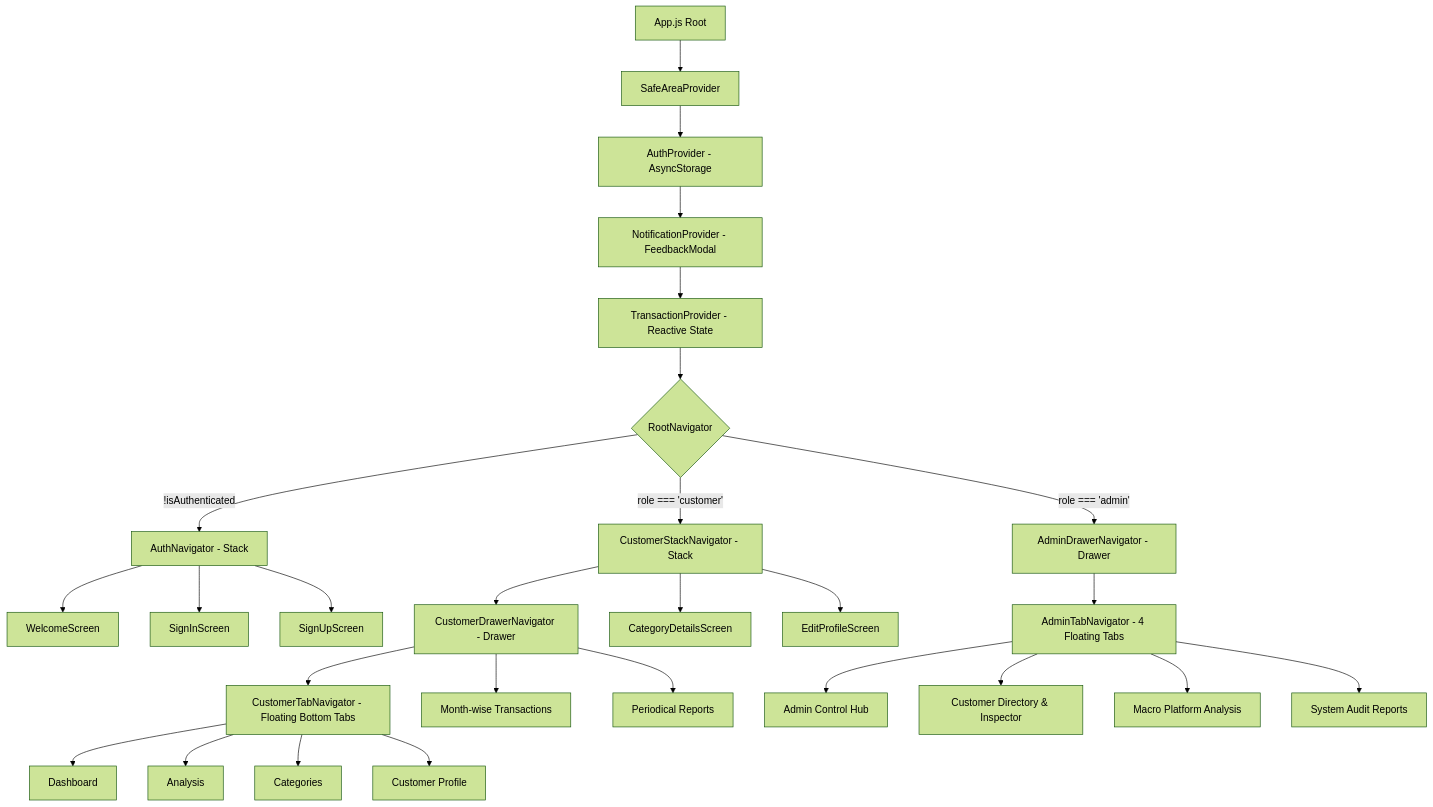
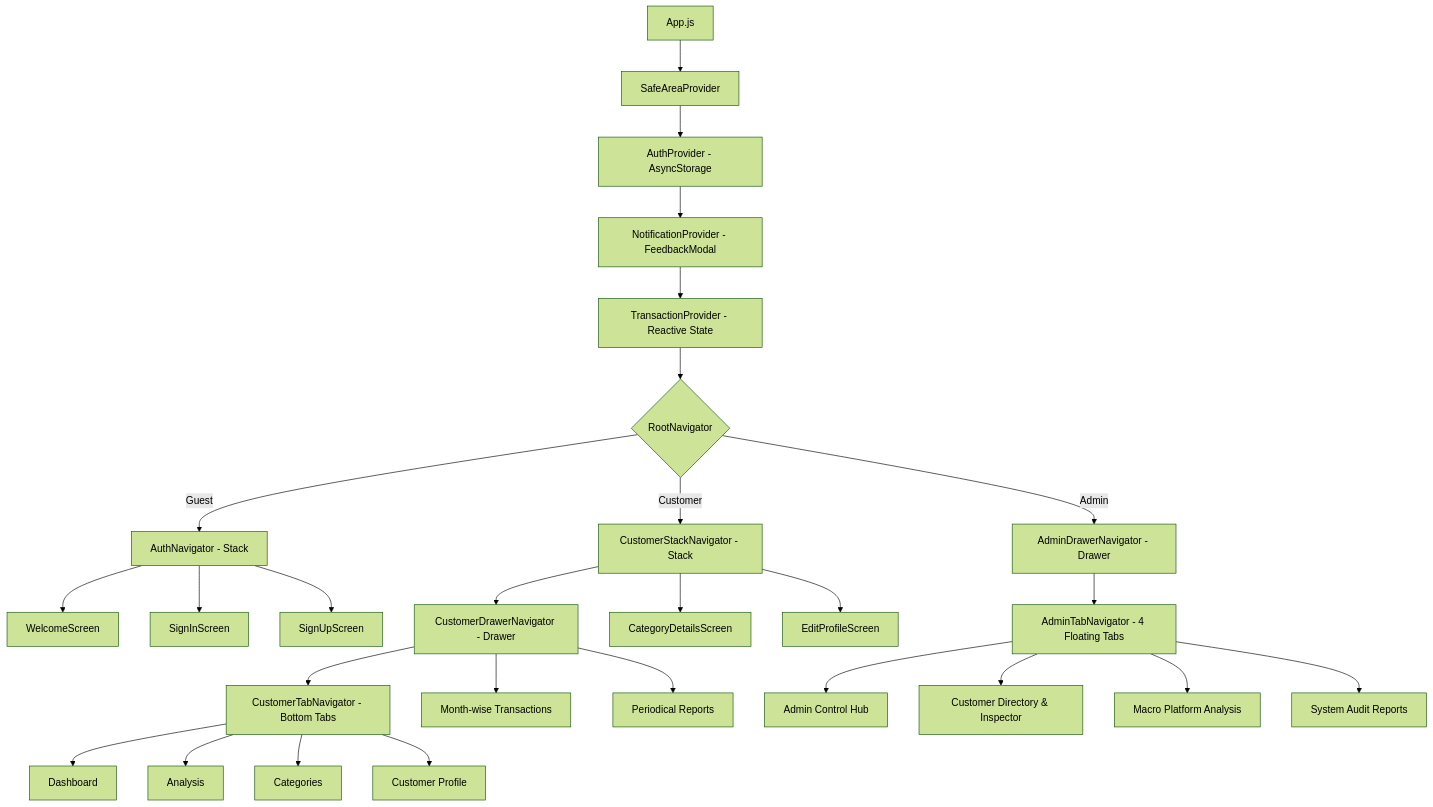
The diagram in README.md (gokul479/Fin-Pulse), drawn with Mermaid (forest theme) before and after one commit. The commit also changed other lines of this file, not shown here.

````diff
--- a/README.md
+++ b/README.md
@@ -87,32 +75,32 @@
 ```mermaid
 graph TD
-    App[App.js Root] --> Safe[SafeAreaProvider]
+    App[App.js] --> Safe[SafeAreaProvider]
     Safe --> AuthCtx[AuthProvider - AsyncStorage]
     AuthCtx --> NotifCtx[NotificationProvider - FeedbackModal]
     NotifCtx --> TxnCtx[TransactionProvider - Reactive State]
     TxnCtx --> RootNav{RootNavigator}
 
-    RootNav -->|!isAuthenticated| AuthStack[AuthNavigator - Stack]
+    RootNav -->|Guest| AuthStack[AuthNavigator - Stack]
     AuthStack --> Welcome[WelcomeScreen]
     AuthStack --> SignIn[SignInScreen]
     AuthStack --> SignUp[SignUpScreen]
 
-    RootNav -->|role === 'customer'| CustStack[CustomerStackNavigator - Stack]
+    RootNav -->|Customer| CustStack[CustomerStackNavigator - Stack]
     CustStack --> CustDrawer[CustomerDrawerNavigator - Drawer]
-    CustDrawer --> CustTabs[CustomerTabNavigator - Floating Bottom Tabs]
+    CustDrawer --> CustTabs[CustomerTabNavigator - Bottom Tabs]
     CustTabs --> Dash[Dashboard]
     CustTabs --> Anal[Analysis]
     CustTabs --> Cats[Categories]
     CustTabs --> Prof[Customer Profile]
     CustDrawer --> MonthTx[Month-wise Transactions]
     CustDrawer --> Rep[Periodical Reports]
     CustStack --> CatDetail[CategoryDetailsScreen]
     CustStack --> EditProf[EditProfileScreen]
 
-    RootNav -->|role === 'admin'| AdminDrawer[AdminDrawerNavigator - Drawer]
+    RootNav -->|Admin| AdminDrawer[AdminDrawerNavigator - Drawer]
     AdminDrawer --> AdminTabs[AdminTabNavigator - 4 Floating Tabs]
     AdminTabs --> Hub[Admin Control Hub]
     AdminTabs --> CustDir[Customer Directory & Inspector]
     AdminTabs --> MacroAnal[Macro Platform Analysis]
     AdminTabs --> SysRep[System Audit Reports]
 ```
````
